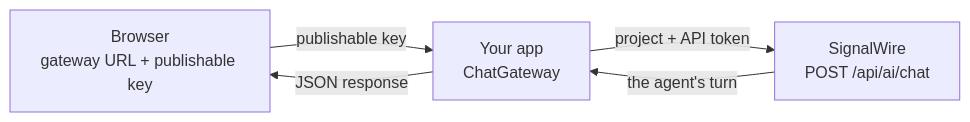
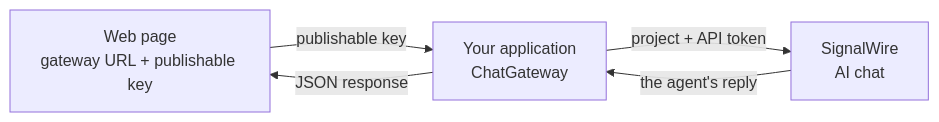
One commit to signalwire/docs changed the diagram in fern/products/platform/pages/ai/guides/chat.mdx. Above: the diagram before and after it, drawn with Mermaid. The commit also changed other lines of this file and 2 other files, not shown here.

Commit message:
new chat

````diff
--- a/fern/products/platform/pages/ai/guides/chat.mdx
+++ b/fern/products/platform/pages/ai/guides/chat.mdx
@@ -285,11 +404,11 @@
 ```mermaid
 flowchart LR
-    Browser["Browser<br/>gateway URL + publishable key"]
-    Gateway["Your app<br/>ChatGateway"]
-    SW["SignalWire<br/>POST /api/ai/chat"]
+    Browser["Web page<br/>gateway URL + publishable key"]
+    Gateway["Your application<br/>ChatGateway"]
+    SW["SignalWire<br/>AI chat"]
 
     Browser -->|"publishable key"| Gateway
     Gateway -->|"project + API token"| SW
-    SW -->|"the agent's turn"| Gateway
+    SW -->|"the agent's reply"| Gateway
     Gateway -->|"JSON response"| Browser
 ```
````
